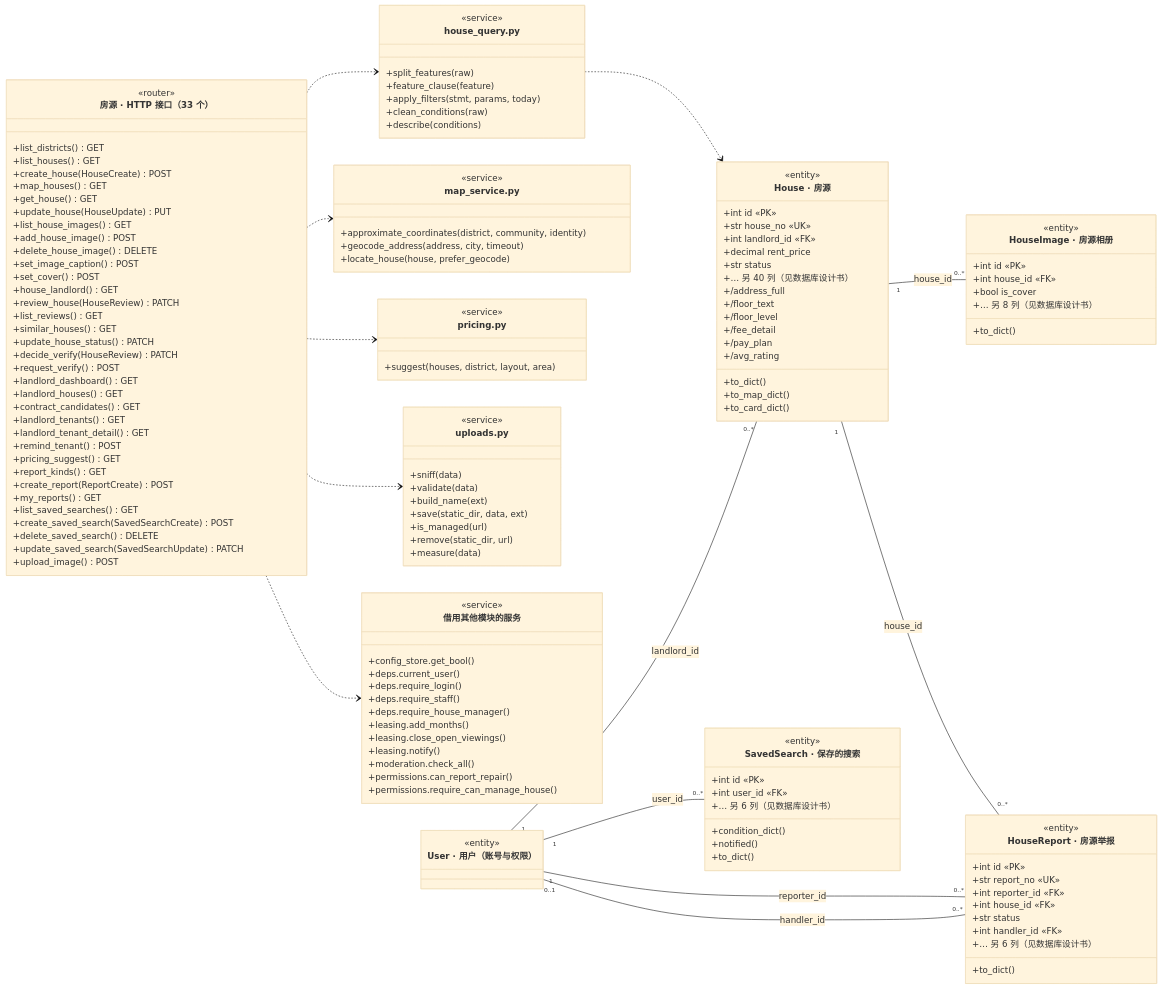
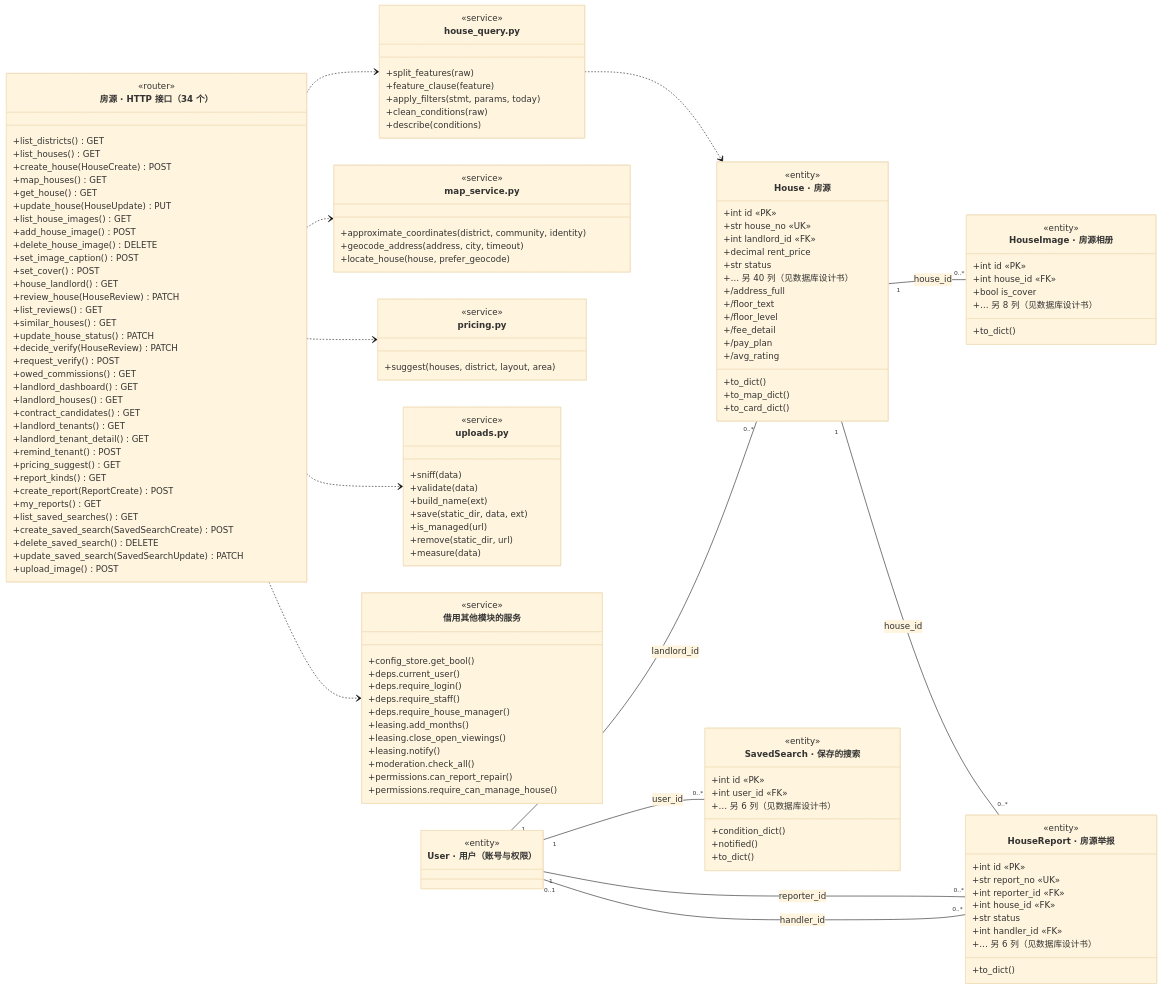
Before and after one commit to A107586/ai-house-rental: the diagram in docs/图/class_house.mmd, drawn with Mermaid (base theme). The commit also changed 26 other files, not shown here.

```diff
--- a/docs/图/class_house.mmd
+++ b/docs/图/class_house.mmd
@@ -1,140 +1,141 @@
 classDiagram
     direction LR
-    class Api["房源 · HTTP 接口（33 个）"] {
+    class Api["房源 · HTTP 接口（34 个）"] {
         <<router>>
         +list_districts() GET
         +list_houses() GET
         +create_house(HouseCreate) POST
         +map_houses() GET
         +get_house() GET
         +update_house(HouseUpdate) PUT
         +list_house_images() GET
         +add_house_image() POST
         +delete_house_image() DELETE
         +set_image_caption() POST
         +set_cover() POST
         +house_landlord() GET
         +review_house(HouseReview) PATCH
         +list_reviews() GET
         +similar_houses() GET
         +update_house_status() PATCH
         +decide_verify(HouseReview) PATCH
         +request_verify() POST
+        +owed_commissions() GET
         +landlord_dashboard() GET
         +landlord_houses() GET
         +contract_candidates() GET
         +landlord_tenants() GET
         +landlord_tenant_detail() GET
         +remind_tenant() POST
         +pricing_suggest() GET
         +report_kinds() GET
         +create_report(ReportCreate) POST
         +my_reports() GET
         +list_saved_searches() GET
         +create_saved_search(SavedSearchCreate) POST
         +delete_saved_search() DELETE
         +update_saved_search(SavedSearchUpdate) PATCH
         +upload_image() POST
     }
     class m_house_query["house_query.py"] {
         <<service>>
         +split_features(raw)
         +feature_clause(feature)
         +apply_filters(stmt, params, today)
         +clean_conditions(raw)
         +describe(conditions)
     }
     Api ..> m_house_query
     class m_map_service["map_service.py"] {
         <<service>>
         +approximate_coordinates(district, community, identity)
         +geocode_address(address, city, timeout)
         +locate_house(house, prefer_geocode)
     }
     Api ..> m_map_service
     class m_pricing["pricing.py"] {
         <<service>>
         +suggest(houses, district, layout, area)
     }
     Api ..> m_pricing
     class m_uploads["uploads.py"] {
         <<service>>
         +sniff(data)
         +validate(data)
         +build_name(ext)
         +save(static_dir, data, ext)
         +is_managed(url)
         +remove(static_dir, url)
         +measure(data)
     }
     Api ..> m_uploads
     class m_shared["借用其他模块的服务"] {
         <<service>>
         +config_store.get_bool()
         +deps.current_user()
         +deps.require_login()
         +deps.require_staff()
         +deps.require_house_manager()
         +leasing.add_months()
         +leasing.close_open_viewings()
         +leasing.notify()
         +moderation.check_all()
         +permissions.can_report_repair()
         +permissions.require_can_manage_house()
     }
     Api ..> m_shared
     class House["House · 房源"] {
         <<entity>>
         +int id «PK»
         +str house_no «UK»
         +int landlord_id «FK»
         +decimal rent_price
         +str status
         +… 另 40 列（见数据库设计书）
         +to_dict()
         +to_map_dict()
         +to_card_dict()
         +/address_full
         +/floor_text
         +/floor_level
         +/fee_detail
         +/pay_plan
         +/avg_rating
     }
     class HouseImage["HouseImage · 房源相册"] {
         <<entity>>
         +int id «PK»
         +int house_id «FK»
         +bool is_cover
         +… 另 8 列（见数据库设计书）
         +to_dict()
     }
     class SavedSearch["SavedSearch · 保存的搜索"] {
         <<entity>>
         +int id «PK»
         +int user_id «FK»
         +… 另 6 列（见数据库设计书）
         +condition_dict()
         +notified()
         +to_dict()
     }
     class HouseReport["HouseReport · 房源举报"] {
         <<entity>>
         +int id «PK»
         +str report_no «UK»
         +int reporter_id «FK»
         +int house_id «FK»
         +str status
         +int handler_id «FK»
         +… 另 6 列（见数据库设计书）
         +to_dict()
     }
     class User["User · 用户（账号与权限）"]
     <<entity>> User
     User "1" -- "0..*" House : landlord_id
     House "1" -- "0..*" HouseImage : house_id
     User "1" -- "0..*" SavedSearch : user_id
     User "1" -- "0..*" HouseReport : reporter_id
     House "1" -- "0..*" HouseReport : house_id
     User "0..1" -- "0..*" HouseReport : handler_id
     m_house_query ..> House
```
